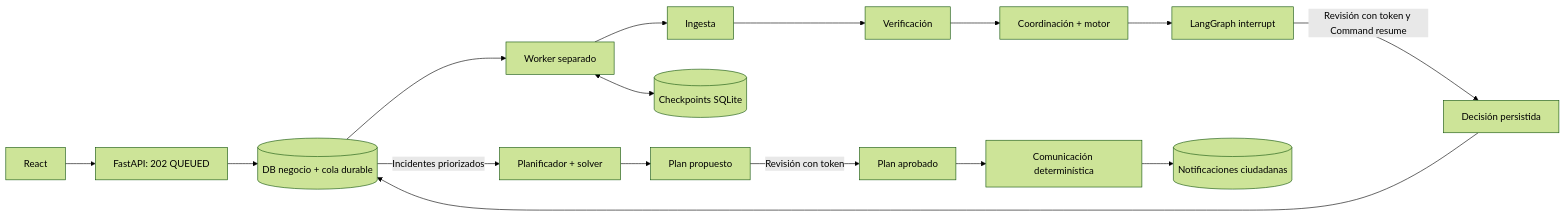
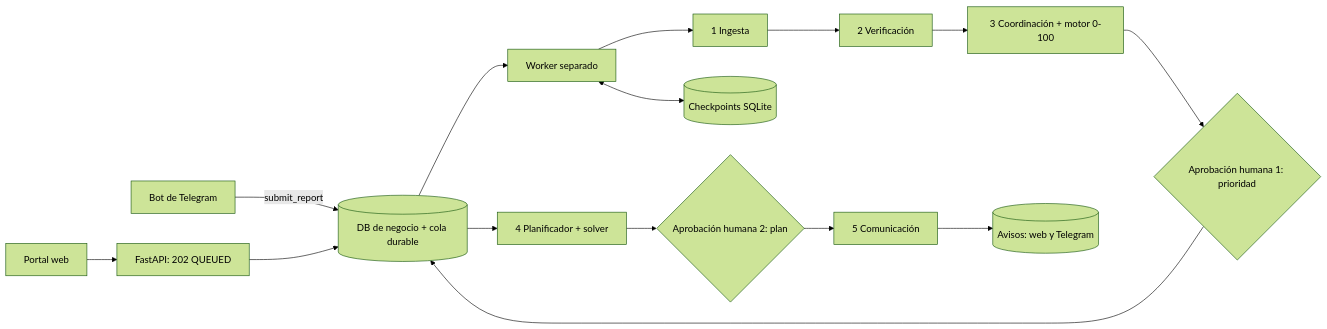
Before and after one commit to HackathonFISC/equipo-07: the diagram in README.md, drawn with Mermaid (forest theme). The commit also changed other lines of this file and 13 other files, not shown here.

````diff
--- a/README.md
+++ b/README.md
@@ -40,18 +53,17 @@
 ```mermaid
 flowchart LR
-  UI[React] --> API[FastAPI: 202 QUEUED]
-  API --> DB[(DB negocio + cola durable)]
+  WEB[Portal web] --> API[FastAPI: 202 QUEUED]
+  TG[Bot de Telegram] -->|submit_report| DB
+  API --> DB[(DB de negocio + cola durable)]
   DB --> W[Worker separado]
-  W --> I[Ingesta]
-  I --> V[Verificación]
-  V --> C[Coordinación + motor]
-  C --> H[LangGraph interrupt]
-  H -->|Revisión con token y Command resume| D[Decisión persistida]
+  W --> I[1 Ingesta]
+  I --> V[2 Verificación]
+  V --> C[3 Coordinación + motor 0-100]
+  C --> H1{Aprobación humana 1: prioridad}
   W <--> CP[(Checkpoints SQLite)]
-  D --> DB
-  DB -->|Incidentes priorizados| P[Planificador + solver]
-  P --> PR[Plan propuesto]
-  PR -->|Revisión con token| PA[Plan aprobado]
-  PA --> COM[Comunicación determinística]
-  COM --> NOT[(Notificaciones ciudadanas)]
+  H1 --> DB
+  DB --> P[4 Planificador + solver]
+  P --> H2{Aprobación humana 2: plan}
+  H2 --> COM[5 Comunicación]
+  COM --> NOT[(Avisos: web y Telegram)]
 ```
````
